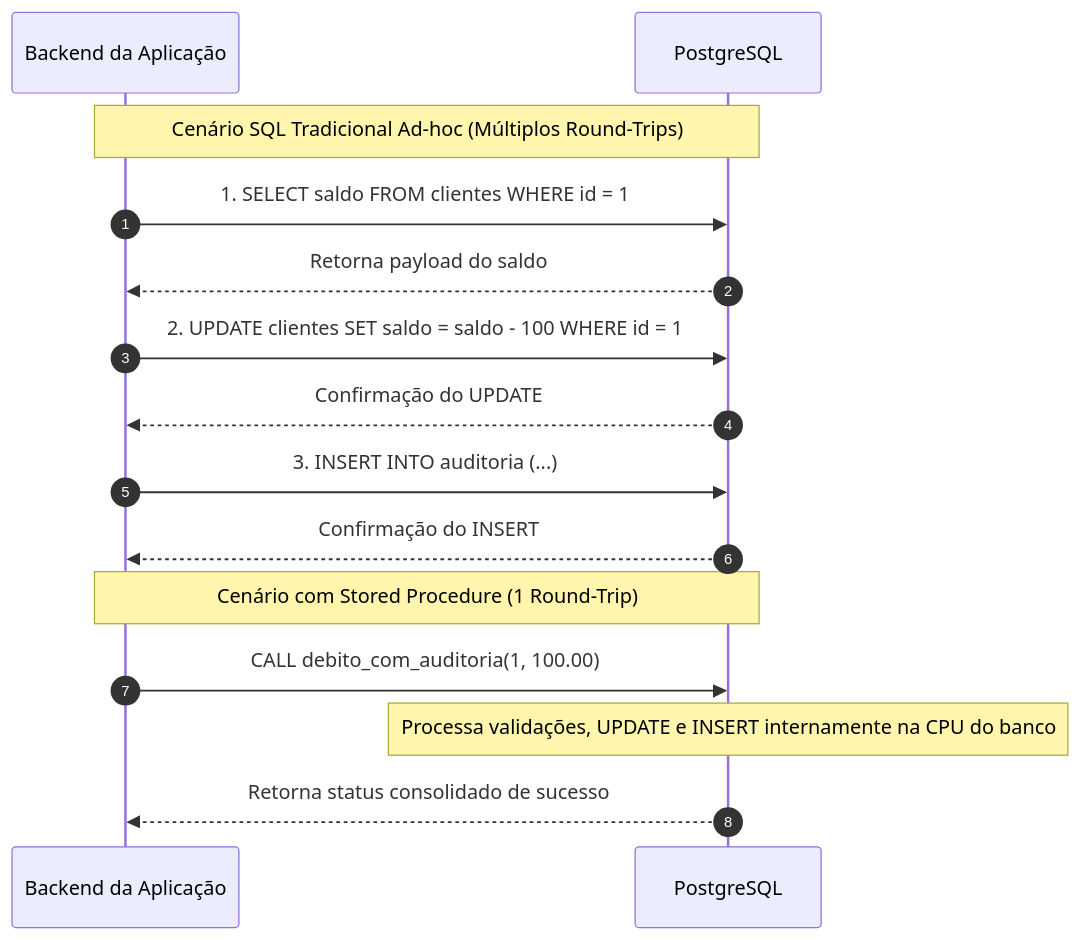
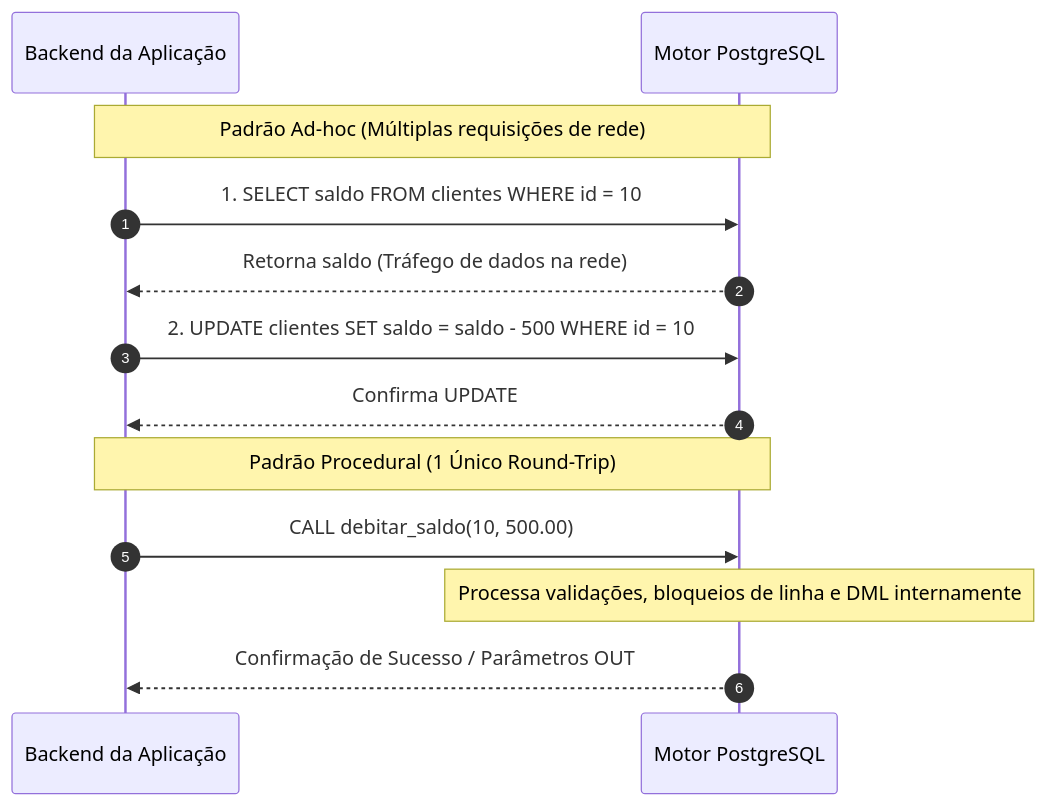
The tenth of 15 diagrams in 4º Semestre/[Prof. Welington Garcia] Tópicos Avançados em Banco de Dados/Resumos-IA/Simulados-Comentados.md (murilolol/unifef), drawn with Mermaid before and after one commit. The commit also changed other lines of this file and 18 other files, not shown here.

````diff
--- a/4º Semestre/[Prof. Welington Garcia] Tópicos Avançados em Banco de Dados/Resumos-IA/Simulados-Comentados.md
+++ b/4º Semestre/[Prof. Welington Garcia] Tópicos Avançados em Banco de Dados/Resumos-IA/Simulados-Comentados.md
@@ -994,19 +728,17 @@
 ```mermaid
 sequenceDiagram
-    autonumber
-    participant App as Backend da Aplicação
-    participant DB as PostgreSQL
-    
-    Note over App,DB: Cenário SQL Tradicional Ad-hoc (Múltiplos Round-Trips)
-    App->>DB: 1. SELECT saldo FROM clientes WHERE id = 1
-    DB-->>App: Retorna payload do saldo
-    App->>DB: 2. UPDATE clientes SET saldo = saldo - 100 WHERE id = 1
-    DB-->>App: Confirmação do UPDATE
-    App->>DB: 3. INSERT INTO auditoria (...)
-    DB-->>App: Confirmação do INSERT
-    
-    Note over App,DB: Cenário com Stored Procedure (1 Round-Trip)
-    App->>DB: CALL debito_com_auditoria(1, 100.00)
-    Note over DB: Processa validações, UPDATE e INSERT internamente na CPU do banco
-    DB-->>App: Retorna status consolidado de sucesso
+  autonumber
+  participant App as Backend da Aplicação
+  participant DB as Motor PostgreSQL
+  
+  Note over App,DB: Padrão Ad-hoc (Múltiplas requisições de rede)
+  App->>DB: 1. SELECT saldo FROM clientes WHERE id = 10
+  DB-->>App: Retorna saldo (Tráfego de dados na rede)
+  App->>DB: 2. UPDATE clientes SET saldo = saldo - 500 WHERE id = 10
+  DB-->>App: Confirma UPDATE
+  
+  Note over App,DB: Padrão Procedural (1 Único Round-Trip)
+  App->>DB: CALL debitar_saldo(10, 500.00)
+  Note over DB: Processa validações, bloqueios de linha e DML internamente
+  DB-->>App: Confirmação de Sucesso / Parâmetros OUT
 ```
````
